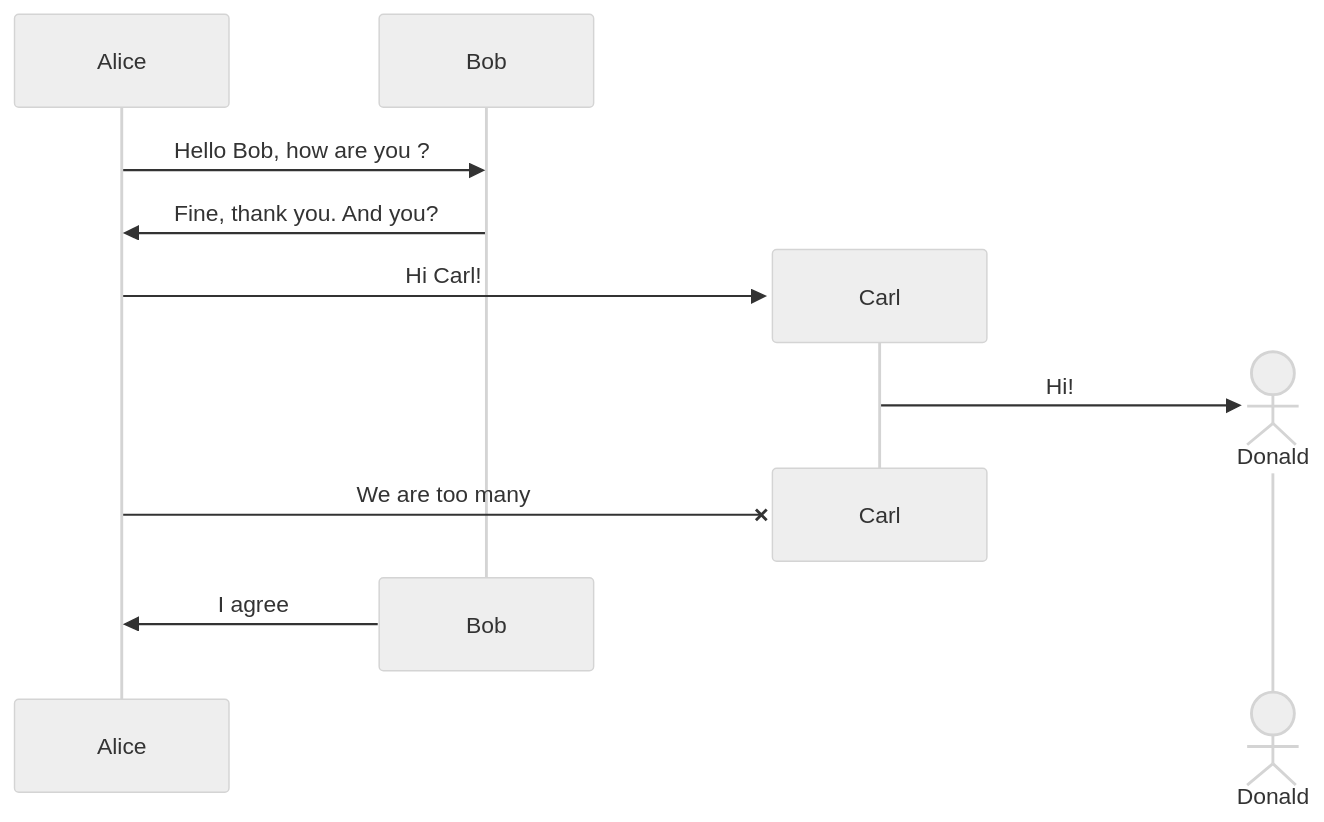
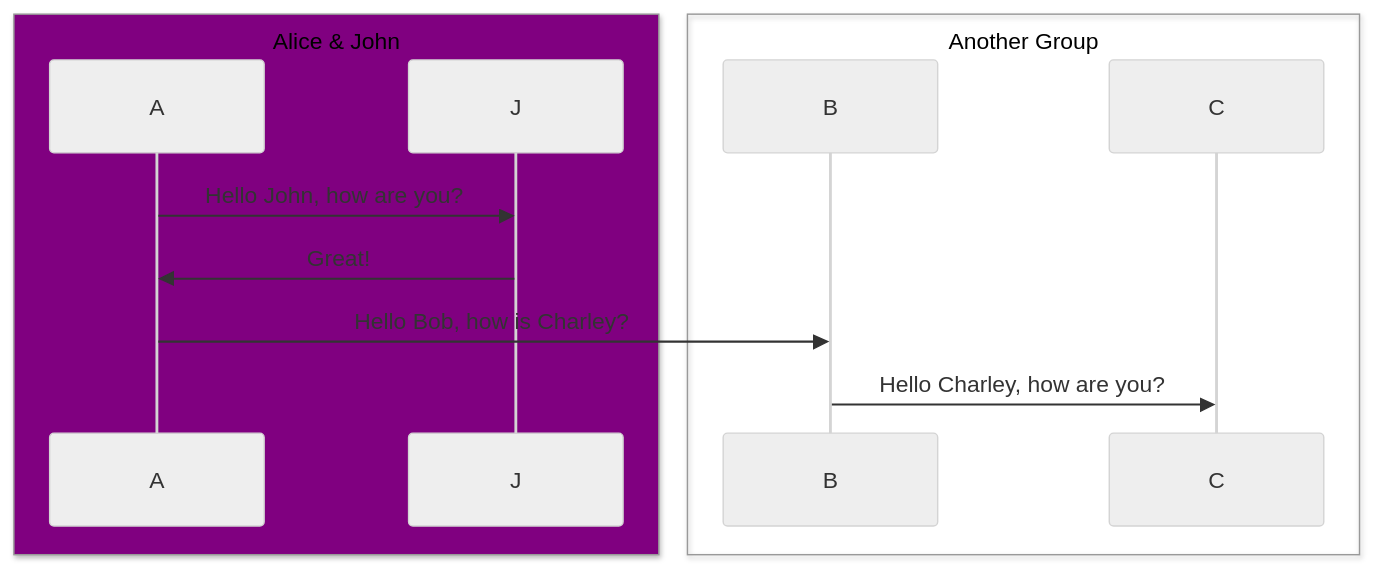
One commit to iyanarmanda/kukuru changed diagram 12 of 47 in src/content/posts/mermaid-testing.md. Above: the diagram before and after it, drawn with Mermaid (neutral theme). The commit also changed other lines of this file and 3 other files, not shown here.

First line of the commit message:
refactor: refactoring mermaid.scss

````diff
--- a/src/content/posts/mermaid-testing.md
+++ b/src/content/posts/mermaid-testing.md
@@ -63,13 +181,15 @@
 ```mermaid
 sequenceDiagram
-  Alice->>Bob: Hello Bob, how are you ?
-  Bob->>Alice: Fine, thank you. And you?
-  create participant Carl
-  Alice->>Carl: Hi Carl!
-  create actor D as Donald
-  Carl->>D: Hi!
-  destroy Carl
-  Alice-xCarl: We are too many
-  destroy Bob
-  Bob->>Alice: I agree
+  box Purple Alice & John
+  participant A
+  participant J
+  end
+  box Another Group
+  participant B
+  participant C
+  end
+  A->>J: Hello John, how are you?
+  J->>A: Great!
+  A->>B: Hello Bob, how is Charley?
+  B->>C: Hello Charley, how are you?
 ```
````
